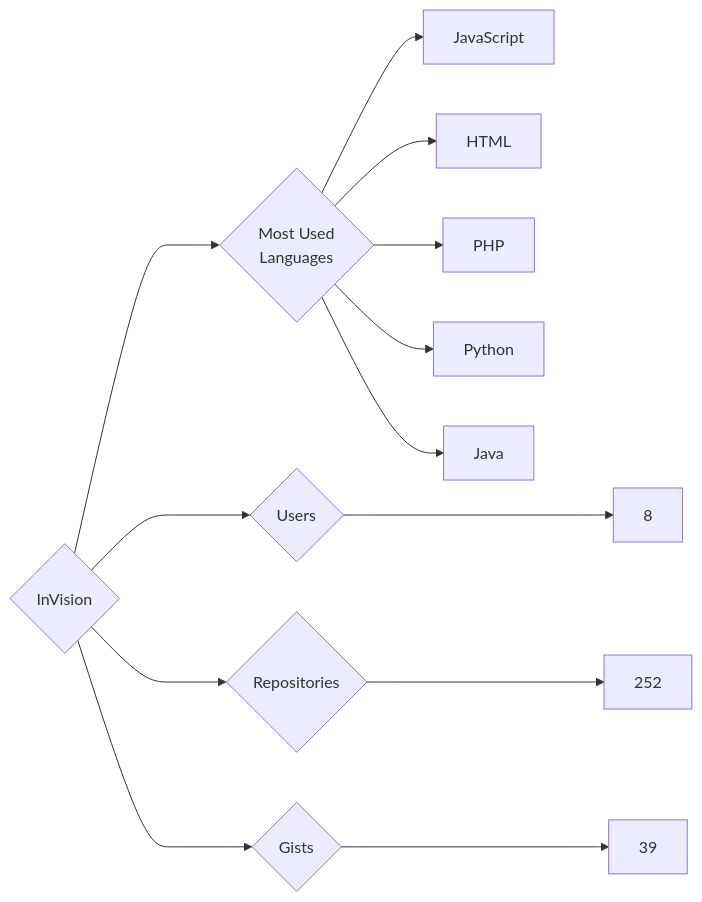
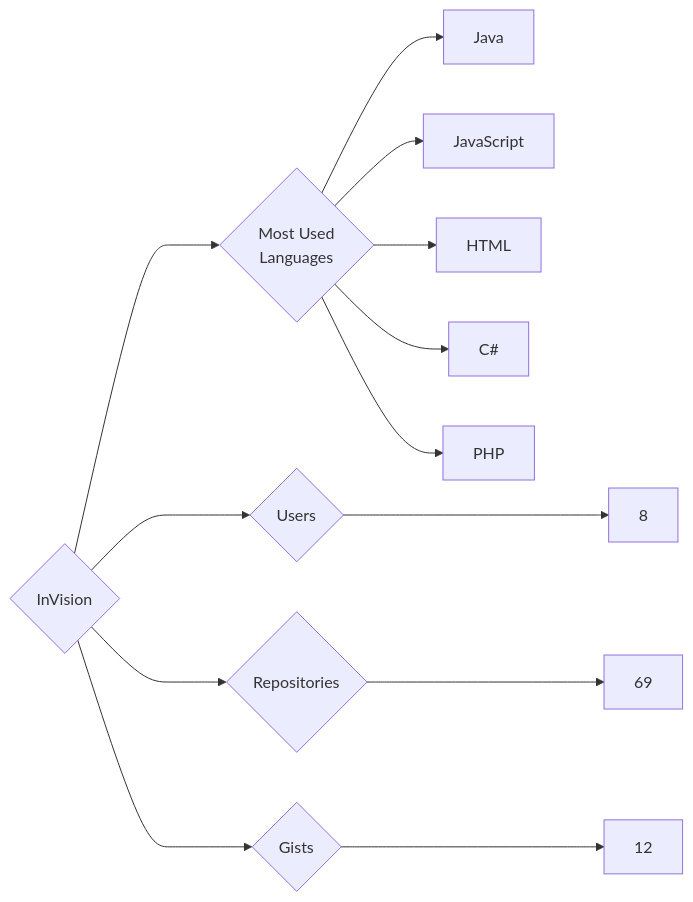
One commit to trickest/insiders changed the diagram in targets/InVision/README.md. Above: the diagram before and after it, drawn with Mermaid. The commit also changed 815 other files, not shown here.

````diff
--- a/targets/InVision/README.md
+++ b/targets/InVision/README.md
@@ -3,13 +3,13 @@
 ```mermaid
 graph LR
 COMPANY_NAME{InVision}
 COMPANY_NAME ---> U{Users} ---> UN[8]
-COMPANY_NAME ---> R{Repositories} ---> RN[252]
-COMPANY_NAME ---> G{Gists} ---> GN[39]
+COMPANY_NAME ---> R{Repositories} ---> RN[69]
+COMPANY_NAME ---> G{Gists} ---> GN[12]
 COMPANY_NAME ---> ML{Most Used<br>Languages}
+ML --> Java[Java]
 ML --> JavaScript[JavaScript]
 ML --> HTML[HTML]
+ML --> C#[C#]
 ML --> PHP[PHP]
-ML --> Python[Python]
-ML --> Java[Java]
 ```
````
